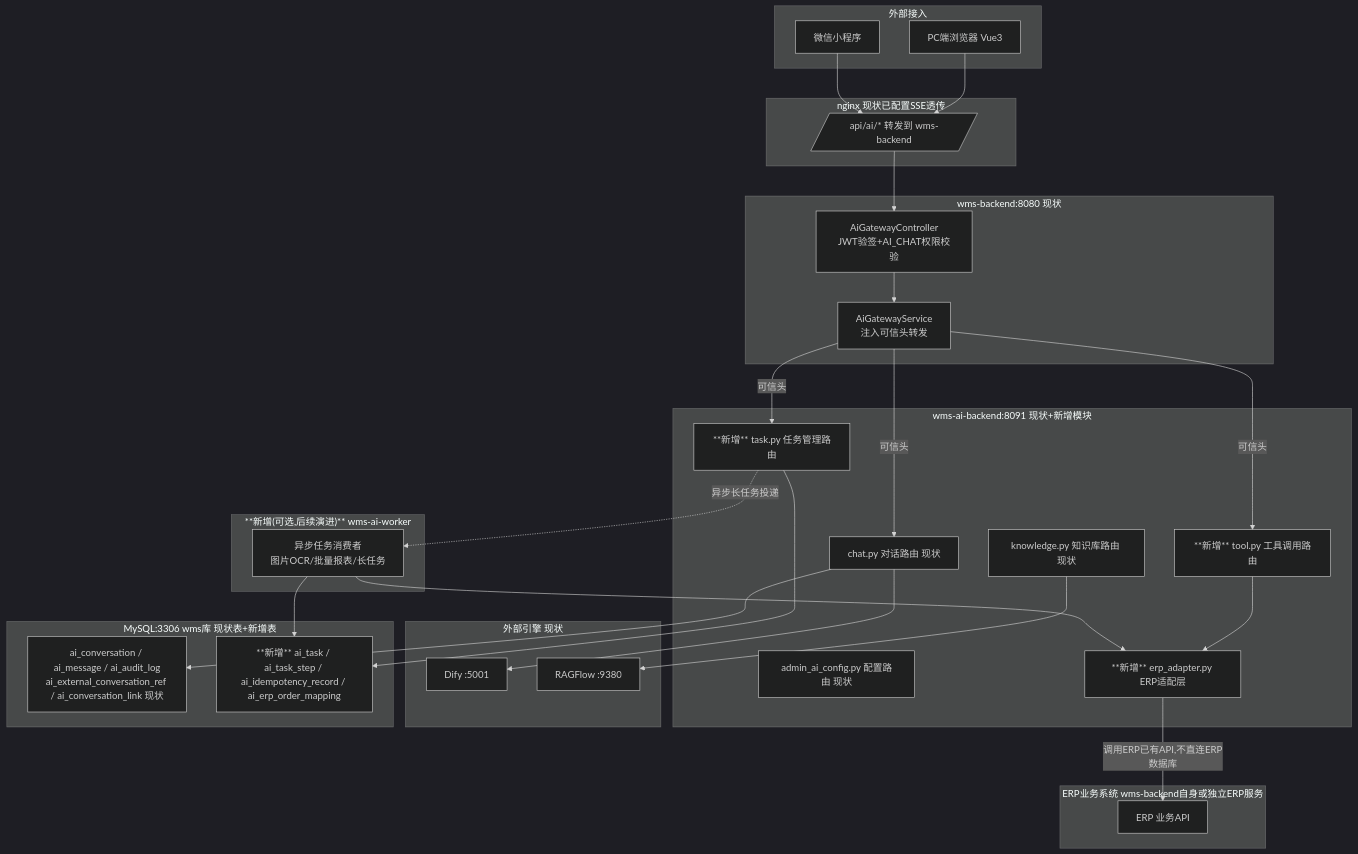
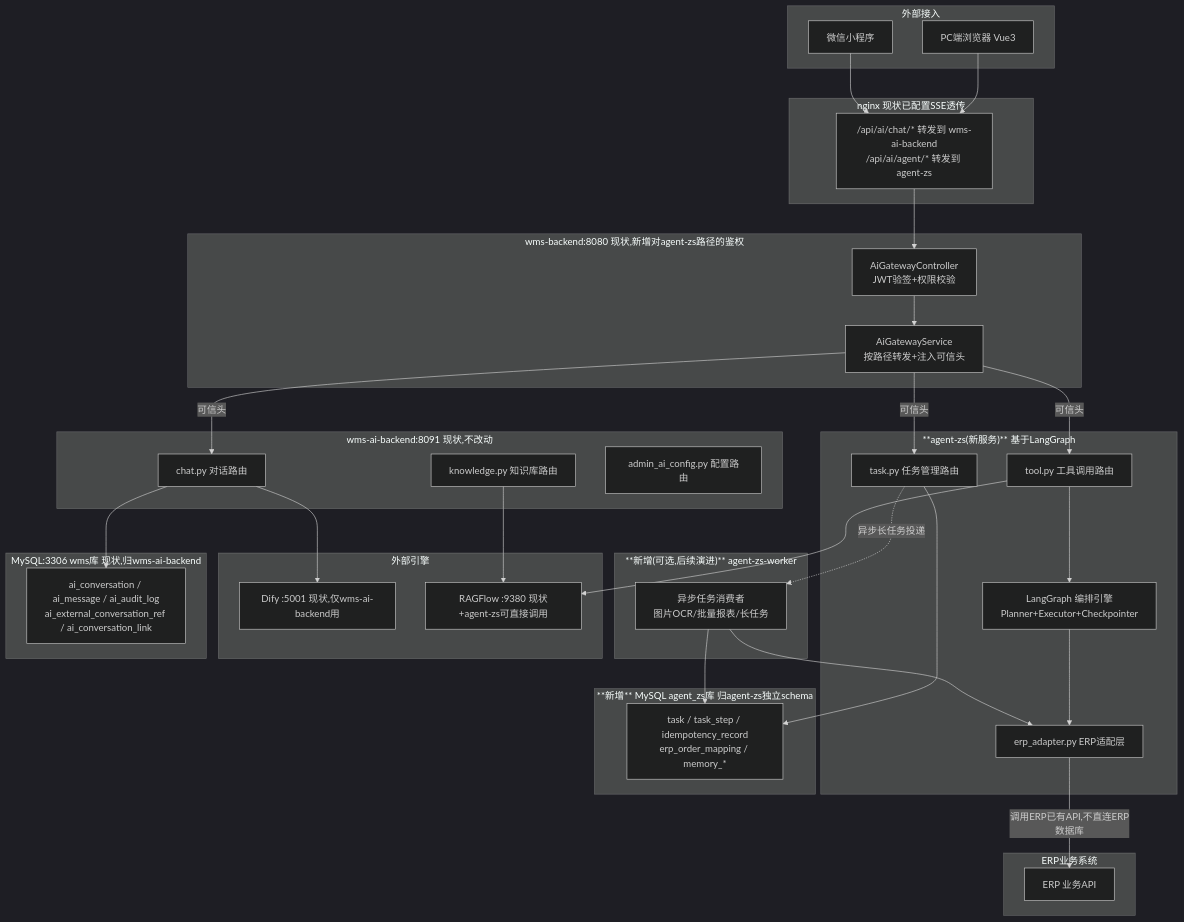
Before and after one commit to Caleb-Mitchell-hub/agent-zs: the diagram in docs/企业级Agent系统设计方案from claude code.md, drawn with Mermaid (dark theme). The commit also changed other lines of this file and 6 other files, not shown here.

````diff
--- a/docs/企业级Agent系统设计方案from claude code.md
+++ b/docs/企业级Agent系统设计方案from claude code.md
@@ -181,58 +207,67 @@
 ```mermaid
 flowchart TB
     subgraph Ext[外部接入]
         PC[PC端浏览器 Vue3]
         MP[微信小程序]
     end
 
     subgraph Proxy[nginx 现状已配置SSE透传]
-        NG[/api/ai/* 转发到 wms-backend/]
+        NG["/api/ai/chat/* 转发到 wms-ai-backend<br/>/api/ai/agent/* 转发到 agent-zs"]
     end
 
-    subgraph JavaGW[wms-backend:8080 现状]
-        J1[AiGatewayController<br/>JWT验签+AI_CHAT权限校验]
-        J2[AiGatewayService<br/>注入可信头转发]
+    subgraph JavaGW[wms-backend:8080 现状,新增对agent-zs路径的鉴权]
+        J1[AiGatewayController<br/>JWT验签+权限校验]
+        J2[AiGatewayService<br/>按路径转发+注入可信头]
     end
 
-    subgraph PyBackend[wms-ai-backend:8091 现状+新增模块]
-        P1[chat.py 对话路由 现状]
-        P2[knowledge.py 知识库路由 现状]
-        P3[admin_ai_config.py 配置路由 现状]
-        P4["**新增** tool.py 工具调用路由"]
-        P5["**新增** task.py 任务管理路由"]
-        P6["**新增** erp_adapter.py ERP适配层"]
+    subgraph OldSvc[wms-ai-backend:8091 现状,不改动]
+        P1[chat.py 对话路由]
+        P2[knowledge.py 知识库路由]
+        P3[admin_ai_config.py 配置路由]
     end
 
-    subgraph Async["**新增(可选,后续演进)** wms-ai-worker"]
+    subgraph NewSvc["**agent-zs(新服务)** 基于LangGraph"]
+        A1[tool.py 工具调用路由]
+        A2[task.py 任务管理路由]
+        A3[erp_adapter.py ERP适配层]
+        A4[LangGraph 编排引擎<br/>Planner+Executor+Checkpointer]
+    end
+
+    subgraph Async["**新增(可选,后续演进)** agent-zs-worker"]
         W1[异步任务消费者<br/>图片OCR/批量报表/长任务]
     end
 
-    subgraph External[外部引擎 现状]
-        Dify[Dify :5001]
-        RAGFlow[RAGFlow :9380]
+    subgraph External[外部引擎]
+        Dify[Dify :5001 现状,仅wms-ai-backend用]
+        RAGFlow[RAGFlow :9380 现状+agent-zs可直接调用]
     end
 
-    subgraph DB[MySQL:3306 wms库 现状表+新增表]
-        M1[ai_conversation / ai_message / ai_audit_log<br/>ai_external_conversation_ref / ai_conversation_link 现状]
-        M2["**新增** ai_task / ai_task_step / ai_idempotency_record / ai_erp_order_mapping"]
+    subgraph DB1[MySQL:3306 wms库 现状,归wms-ai-backend]
+        M1[ai_conversation / ai_message / ai_audit_log<br/>ai_external_conversation_ref / ai_conversation_link]
     end
 
-    subgraph ERPSys[ERP业务系统 wms-backend自身或独立ERP服务]
+    subgraph DB2["**新增** MySQL agent_zs库 归agent-zs独立schema"]
+        M2[task / task_step / idempotency_record<br/>erp_order_mapping / memory_*]
+    end
+
+    subgraph ERPSys[ERP业务系统]
         E1[ERP 业务API]
     end
 
     PC --> NG --> J1 --> J2
     MP --> NG
     J2 -->|可信头| P1
-    J2 -->|可信头| P4
-    J2 -->|可信头| P5
+    J2 -->|可信头| A1
+    J2 -->|可信头| A2
     P1 --> Dify
     P2 --> RAGFlow
     P1 --> M1
-    P4 --> P6
-    P5 --> M2
-    P6 -->|调用ERP已有API,不直连ERP数据库| E1
-    P5 -.异步长任务投递.-> W1
+    A1 --> A4
+    A1 --> RAGFlow
+    A4 --> A3
+    A2 --> M2
+    A3 -->|调用ERP已有API,不直连ERP数据库| E1
+    A2 -.异步长任务投递.-> W1
     W1 --> M2
-    W1 --> P6
+    W1 --> A3
 ```
````
